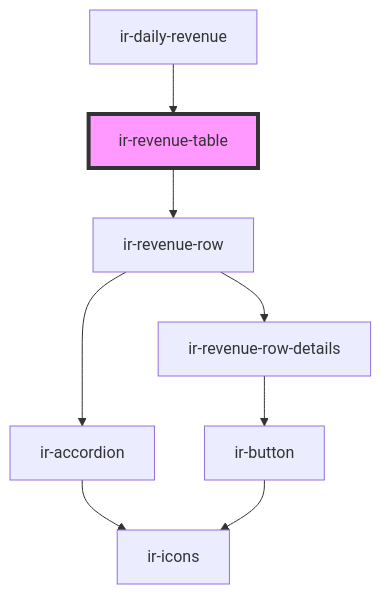
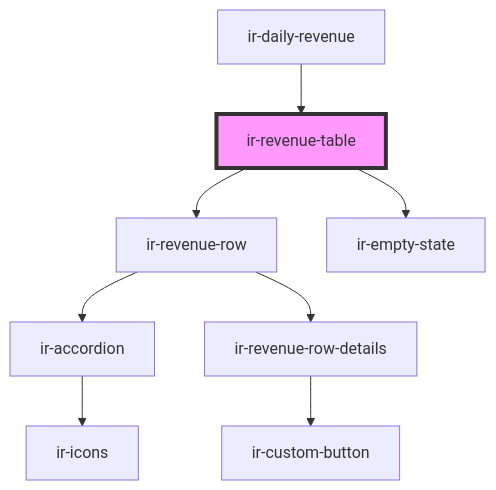
The diagram in src/components/ir-daily-revenue/ir-revenue-table/readme.md (RonyRizk/ir-webcmp), drawn with Mermaid before and after one commit. The commit also changed other lines of this file and 508 other files, not shown here.

````diff
--- a/src/components/ir-daily-revenue/ir-revenue-table/readme.md
+++ b/src/components/ir-daily-revenue/ir-revenue-table/readme.md
@@ -28,11 +29,11 @@
 ```mermaid
 graph TD;
   ir-revenue-table --> ir-revenue-row
+  ir-revenue-table --> ir-empty-state
   ir-revenue-row --> ir-accordion
   ir-revenue-row --> ir-revenue-row-details
   ir-accordion --> ir-icons
-  ir-revenue-row-details --> ir-button
-  ir-button --> ir-icons
+  ir-revenue-row-details --> ir-custom-button
   ir-daily-revenue --> ir-revenue-table
   style ir-revenue-table fill:#f9f,stroke:#333,stroke-width:4px
 ```
````
